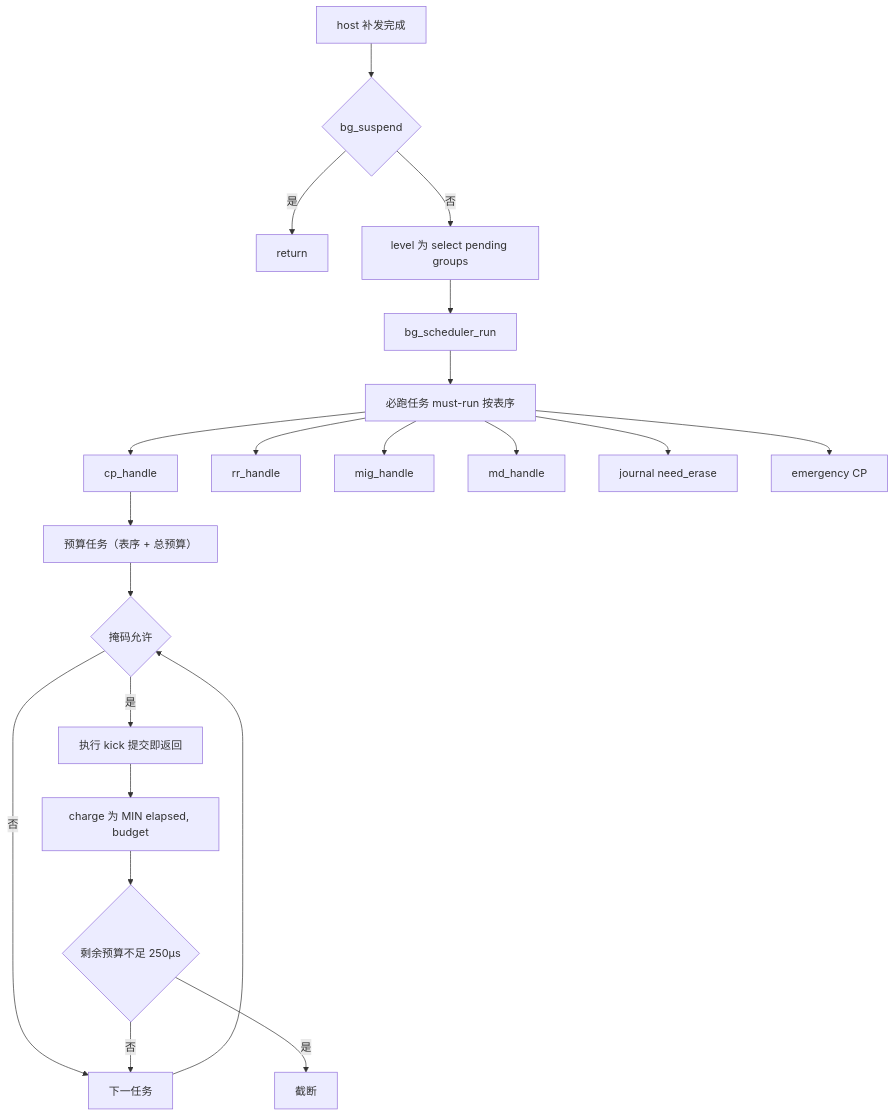
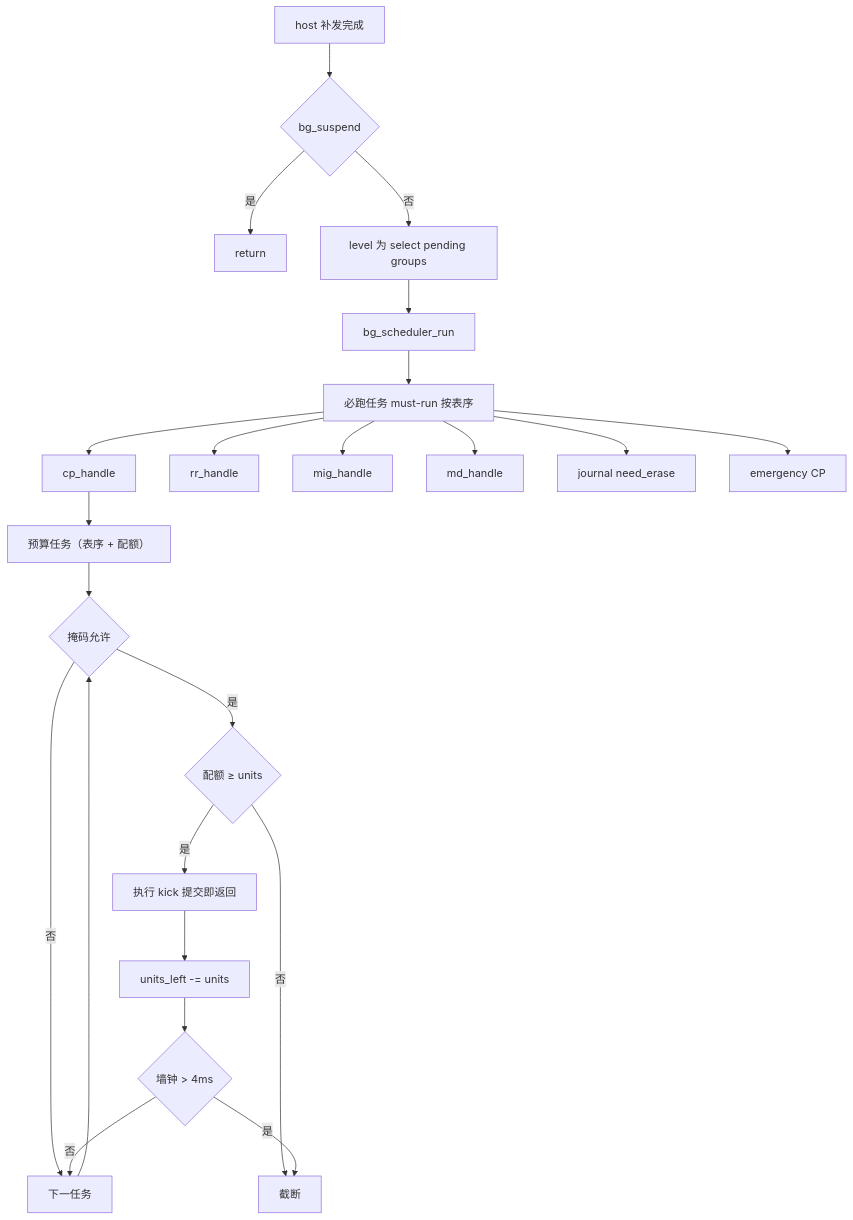
Diagram 33 of 34 in docs/design/ftl_design.md (YzYMIAO/BASESSD), drawn with Mermaid before and after one commit. The commit also changed other lines of this file and 33 other files, not shown here.

````diff
--- a/docs/design/ftl_design.md
+++ b/docs/design/ftl_design.md
@@ -4680,23 +4682,25 @@
 ```mermaid
 flowchart TD
     A["host 补发完成"] --> B{"bg_suspend"}
     B -- "是" --> Z["return"]
     B -- "否" --> C["level 为 select pending groups"]
     C --> D["bg_scheduler_run"]
     D --> E["必跑任务 must-run 按表序"]
     E --> E1["cp_handle"]
     E --> E2["rr_handle"]
     E --> E3["mig_handle"]
     E --> E4["md_handle"]
     E --> E5["journal need_erase"]
     E --> E6["emergency CP"]
-    E1 --> F["预算任务（表序 + 总预算）"]
+    E1 --> F["预算任务（表序 + 配额）"]
     F --> F1{"掩码允许"}
     F1 -- "否" --> G["下一任务"]
-    F1 -- "是" --> F3["执行 kick 提交即返回"]
-    F3 --> F4["charge 为 MIN elapsed, budget"]
-    F4 --> F5{"剩余预算不足 250µs"}
-    F5 -- "是" --> H["截断"]
+    F1 -- "是" --> F2{"配额 ≥ units"}
+    F2 -- "否" --> H["截断"]
+    F2 -- "是" --> F3["执行 kick 提交即返回"]
+    F3 --> F4["units_left -= units"]
+    F4 --> F5{"墙钟 > 4ms"}
+    F5 -- "是" --> H
     F5 -- "否" --> G
     G --> F1
 ```
````
